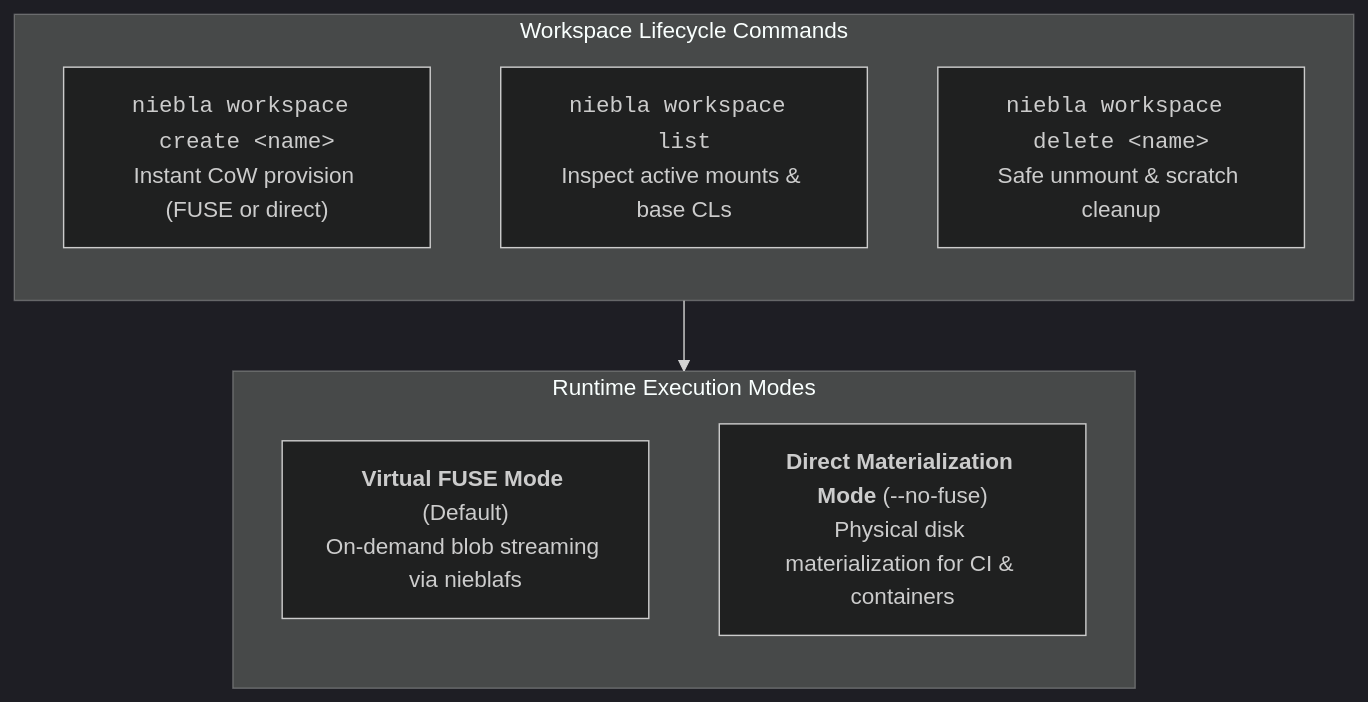
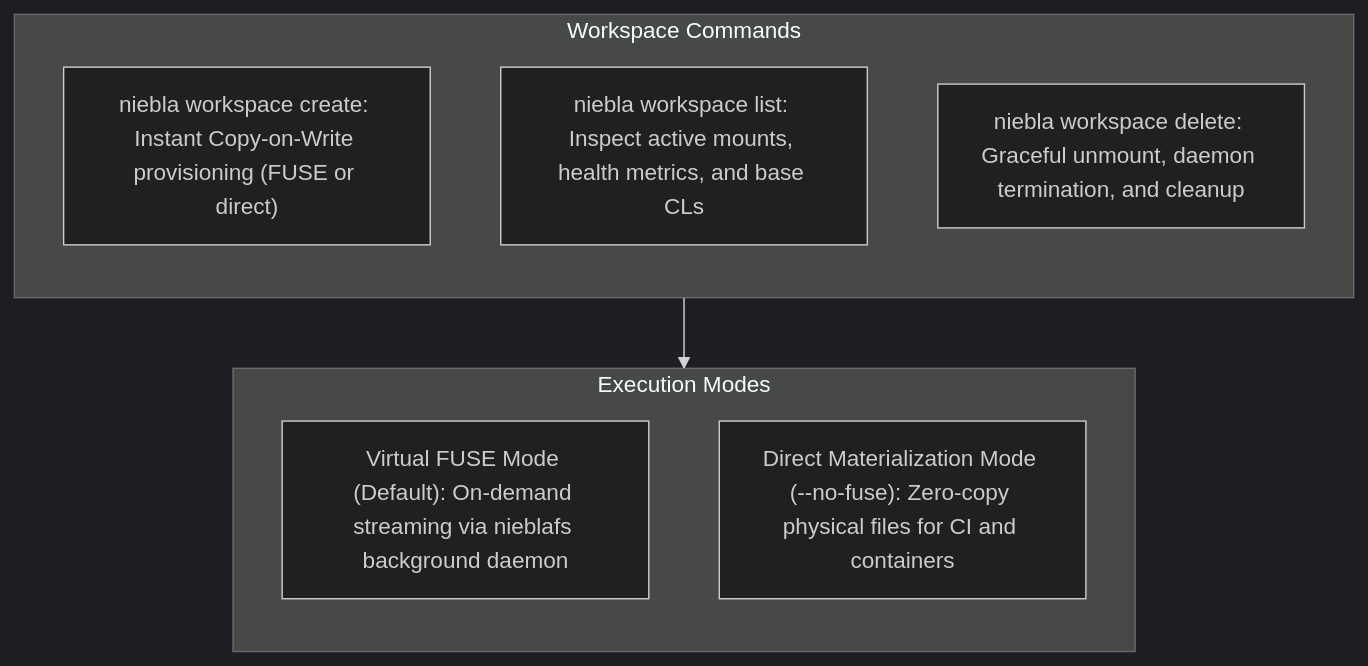
The first of 3 diagrams in docs-site/src/content/docs/reference/cli.md (mrtnzjsh/niebla), drawn with Mermaid (dark theme) before and after one commit.

Commit message:
fix(docs): resolve title cutoff in CLI workspace lifecycle mermaid diagram

````diff
--- a/docs-site/src/content/docs/reference/cli.md
+++ b/docs-site/src/content/docs/reference/cli.md
@@ -43,17 +43,17 @@
 ```mermaid
 flowchart TD
-    subgraph Commands["Workspace Lifecycle Commands"]
+    subgraph Commands["Workspace Commands"]
         direction TB
-        C1["<code>niebla workspace create &lt;name&gt;</code><br/>Instant CoW provision (FUSE or direct)"]
-        C2["<code>niebla workspace list</code><br/>Inspect active mounts &amp; base CLs"]
-        C3["<code>niebla workspace delete &lt;name&gt;</code><br/>Safe unmount &amp; scratch cleanup"]
+        C1["niebla workspace create: Instant Copy-on-Write provisioning (FUSE or direct)"]
+        C2["niebla workspace list: Inspect active mounts, health metrics, and base CLs"]
+        C3["niebla workspace delete: Graceful unmount, daemon termination, and cleanup"]
     end
 
-    subgraph Modes["Runtime Execution Modes"]
+    subgraph Modes["Execution Modes"]
         direction TB
-        M1["<b>Virtual FUSE Mode</b> (Default)<br/>On-demand blob streaming via nieblafs"]
-        M2["<b>Direct Materialization Mode</b> (--no-fuse)<br/>Physical disk materialization for CI &amp; containers"]
+        M1["Virtual FUSE Mode (Default): On-demand streaming via nieblafs background daemon"]
+        M2["Direct Materialization Mode (--no-fuse): Zero-copy physical files for CI and containers"]
     end
 
     Commands --> Modes
 ```
````
